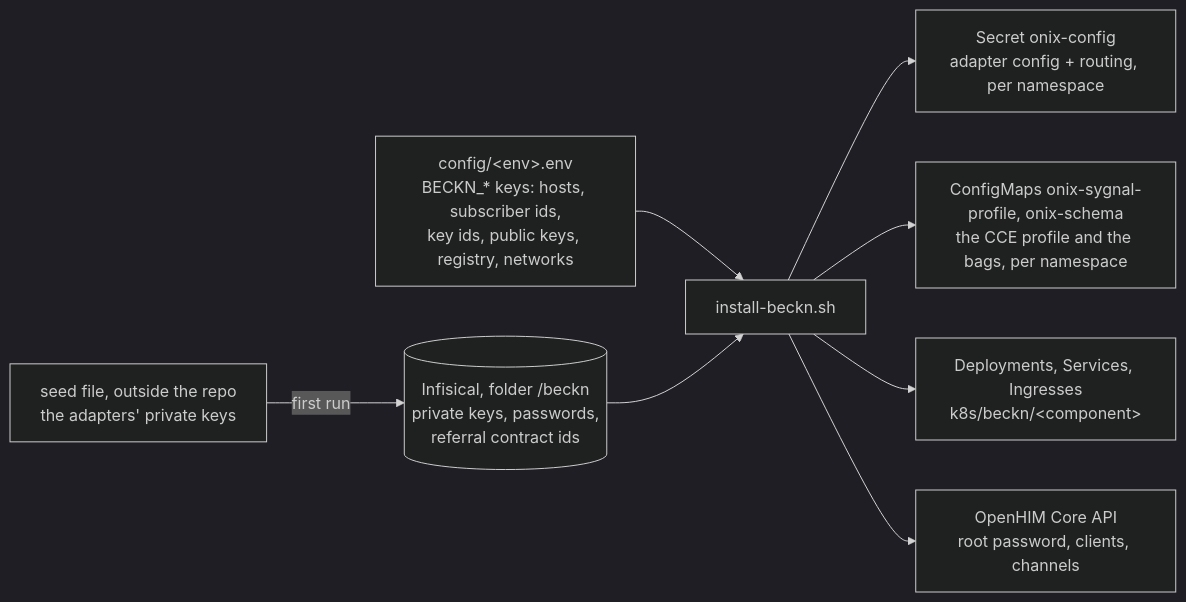
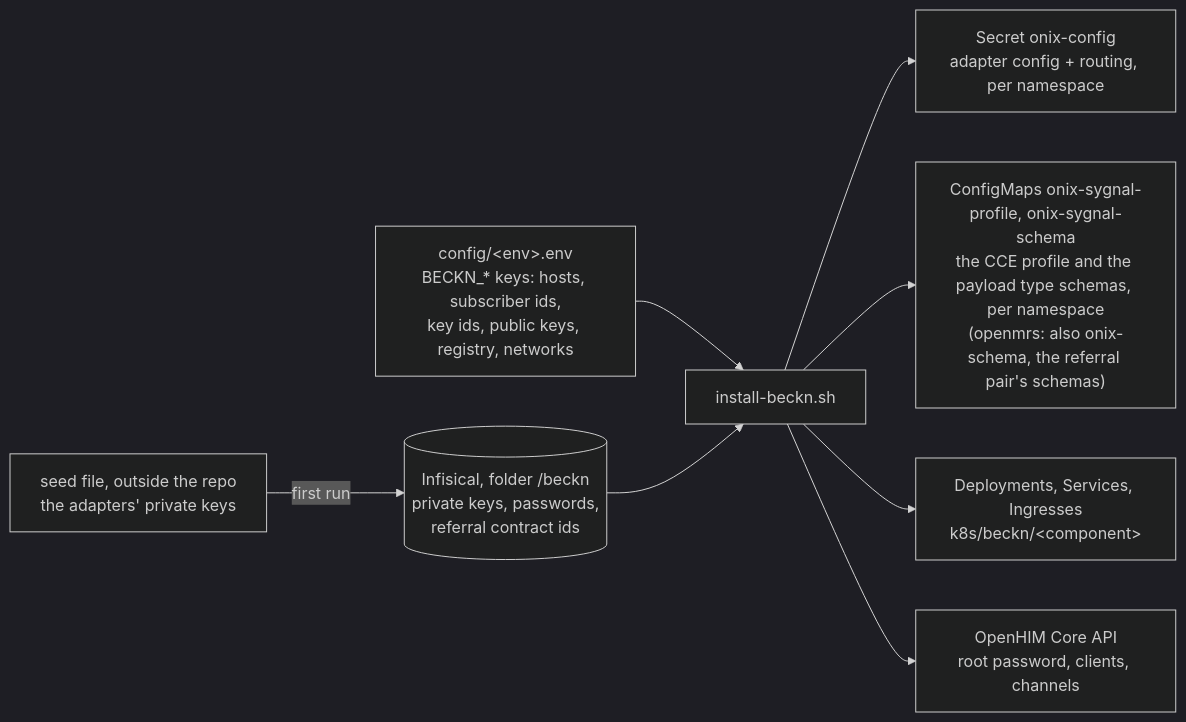
Before and after one commit to openphc/deploy-scripts: the sixth of 7 diagrams in one-click-installer/docs/beckn-demo-setup.md, drawn with Mermaid (dark theme). The commit also changed other lines of this file and 7 other files, not shown here.

````diff
--- a/one-click-installer/docs/beckn-demo-setup.md
+++ b/one-click-installer/docs/beckn-demo-setup.md
@@ -305,19 +311,19 @@
 ```mermaid
 flowchart LR
     CFG["config/&lt;env&gt;.env<br/>BECKN_* keys: hosts, subscriber ids,<br/>key ids, public keys, registry, networks"]
     SEED["seed file, outside the repo<br/>the adapters' private keys"]
     INF[("Infisical, folder /beckn<br/>private keys, passwords,<br/>referral contract ids")]
     INST["install-beckn.sh"]
     K1["Secret onix-config<br/>adapter config + routing, per namespace"]
-    K2["ConfigMaps onix-sygnal-profile, onix-schema<br/>the CCE profile and the bags, per namespace"]
+    K2["ConfigMaps onix-sygnal-profile, onix-sygnal-schema<br/>the CCE profile and the payload type schemas, per namespace<br/>(openmrs: also onix-schema, the referral pair's schemas)"]
     K3["Deployments, Services, Ingresses<br/>k8s/beckn/&lt;component&gt;"]
     OH["OpenHIM Core API<br/>root password, clients, channels"]
 
     SEED -- "first run" --> INF
     CFG --> INST
     INF --> INST
     INST --> K1
     INST --> K2
     INST --> K3
     INST --> OH
 ```
````
